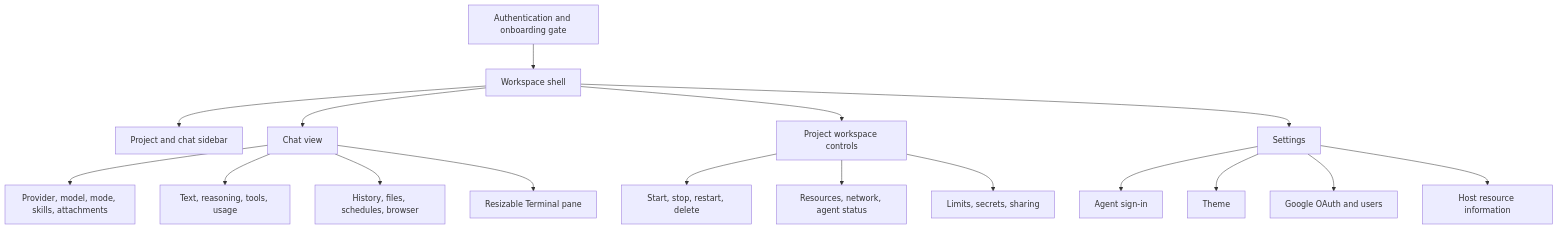
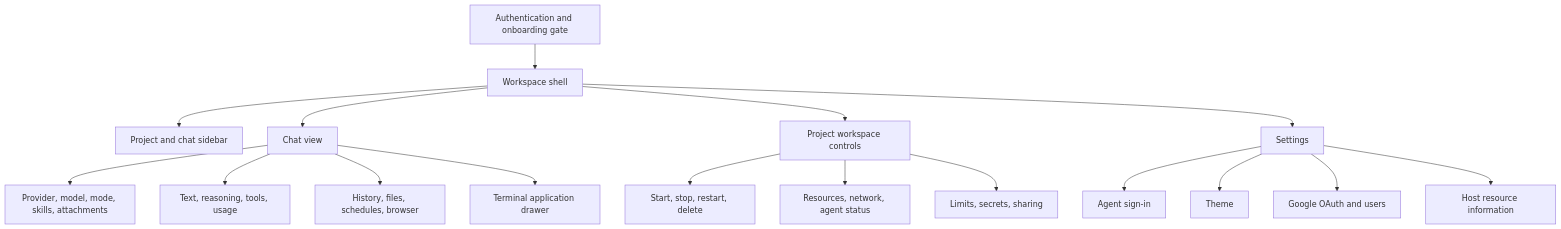
One commit to futrx-com/remote.futrx changed the second of 3 diagrams in docs/01-overview/01-system-overview.md. Above: the diagram before and after it, drawn with Mermaid. The commit also changed 77 other files, not shown here.

First line of the commit message:
feat(terminal): move the project terminal into an installable application

````diff
--- a/docs/01-overview/01-system-overview.md
+++ b/docs/01-overview/01-system-overview.md
@@ -51,22 +51,22 @@
 ```mermaid
 flowchart TD
     Gate["Authentication and onboarding gate"] --> Shell["Workspace shell"]
     Shell --> Sidebar["Project and chat sidebar"]
     Shell --> Chat["Chat view"]
     Shell --> Projects["Project workspace controls"]
     Shell --> Settings["Settings"]
 
     Chat --> Composer["Provider, model, mode, skills, attachments"]
     Chat --> Messages["Text, reasoning, tools, usage"]
     Chat --> Drawers["History, files, schedules, browser"]
-    Chat --> Terminal["Resizable Terminal pane"]
+    Chat --> Terminal["Terminal application drawer"]
 
     Projects --> Lifecycle["Start, stop, restart, delete"]
     Projects --> Inspect["Resources, network, agent status"]
     Projects --> Manage["Limits, secrets, sharing"]
 
     Settings --> Agents["Agent sign-in"]
     Settings --> Appearance["Theme"]
     Settings --> Users["Google OAuth and users"]
     Settings --> Server["Host resource information"]
 ```
````
